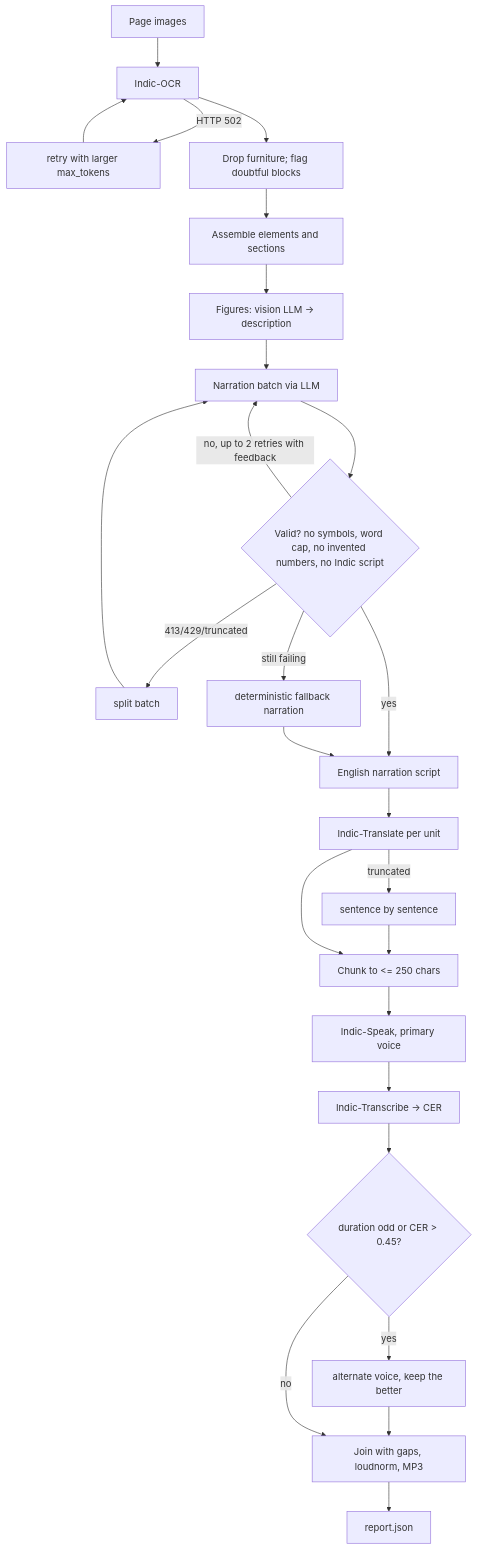
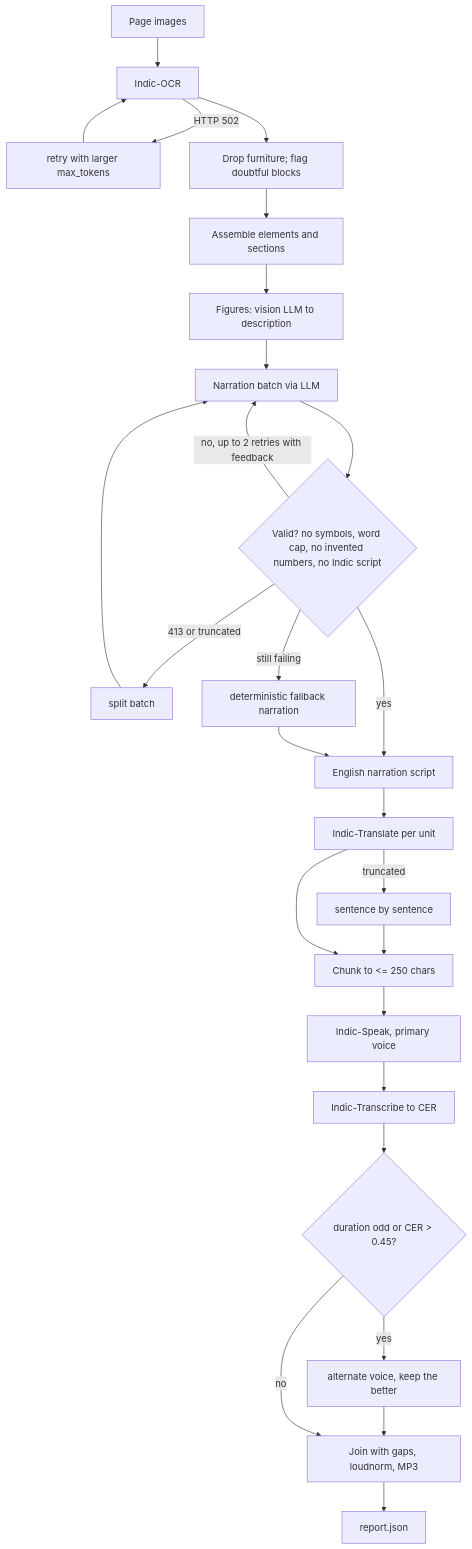
One commit to SHRIYAASK/bodhan_scannedbook_to_mp3 changed the second of 2 diagrams in README.md. Above: the diagram before and after it, drawn with Mermaid. The commit also changed other lines of this file, not shown here.

Commit message:
Fix Mermaid diagram syntax for GitHub renderer compatibility

````diff
--- a/README.md
+++ b/README.md
@@ -77,22 +75,28 @@
 ```mermaid
 flowchart TD
-  A[Page images] --> B[Indic-OCR] -->|HTTP 502| B2[retry with larger max_tokens] --> B
-  B --> C[Drop furniture; flag doubtful blocks]
-  C --> D[Assemble elements and sections]
-  D --> E[Figures: vision LLM -> description]
-  E --> F[Narration batch via LLM]
-  F --> G{Valid? no symbols, word cap, no invented numbers, no Indic script}
-  G -- no, up to 2 retries with feedback --> F
-  G -- 413/429/truncated --> H[split batch] --> F
-  G -- still failing --> I[deterministic fallback narration]
-  G -- yes --> J[English narration script]
+  A["Page images"] --> B["Indic-OCR"]
+  B -->|"HTTP 502"| B2["retry with larger max_tokens"]
+  B2 --> B
+  B --> C["Drop furniture; flag doubtful blocks"]
+  C --> D["Assemble elements and sections"]
+  D --> E["Figures: vision LLM to description"]
+  E --> F["Narration batch via LLM"]
+  F --> G{"Valid? no symbols, word cap, no invented numbers, no Indic script"}
+  G -->|"no, up to 2 retries with feedback"| F
+  G -->|"413 or truncated"| H["split batch"]
+  H --> F
+  G -->|"still failing"| I["deterministic fallback narration"]
+  G -->|"yes"| J["English narration script"]
   I --> J
-  J --> K[Indic-Translate per unit] -->|truncated| K2[sentence by sentence] --> L
-  K --> L[Chunk to <= 250 chars]
-  L --> M[Indic-Speak, primary voice]
-  M --> N[Indic-Transcribe -> CER]
-  N --> O{duration odd or CER > 0.45?}
-  O -- yes --> P[alternate voice, keep the better] --> Q
-  O -- no --> Q[Join with gaps, loudnorm, MP3]
-  Q --> R[report.json]
+  J --> K["Indic-Translate per unit"]
+  K -->|"truncated"| K2["sentence by sentence"]
+  K2 --> L
+  K --> L["Chunk to <= 250 chars"]
+  L --> M["Indic-Speak, primary voice"]
+  M --> N["Indic-Transcribe to CER"]
+  N --> O{"duration odd or CER > 0.45?"}
+  O -->|"yes"| P["alternate voice, keep the better"]
+  P --> Q
+  O -->|"no"| Q["Join with gaps, loudnorm, MP3"]
+  Q --> R["report.json"]
 ```
````
